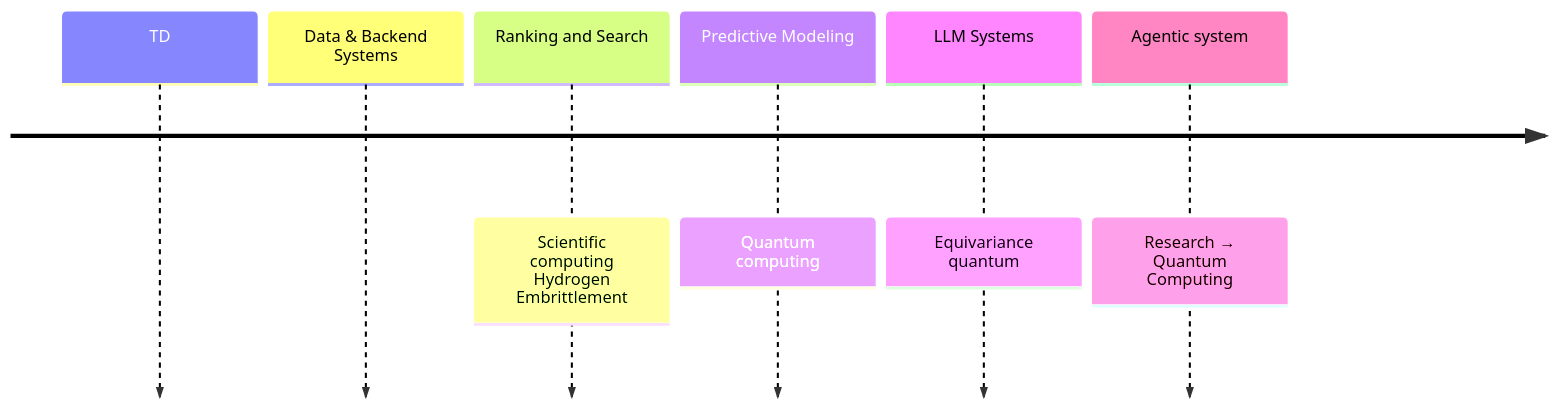
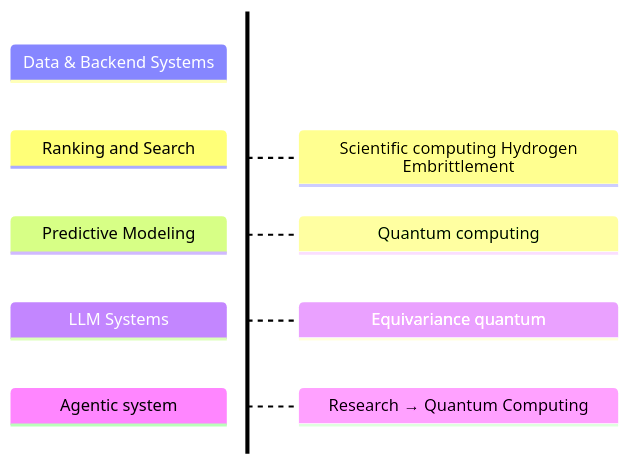
One commit to minhtriet/minhtriet.github.io changed the diagram in _pages/about.md. Above: the diagram before and after it, drawn with Mermaid.

```diff
--- a/_pages/about.md
+++ b/_pages/about.md
@@ -7,9 +7,8 @@
 <pre class="mermaid">
-timeline
-	TD
+timeline TD
     Data & Backend Systems
     Ranking and Search : Scientific computing Hydrogen Embrittlement
     Predictive Modeling : Quantum computing
     LLM Systems : Equivariance quantum
     Agentic system : Research → Quantum Computing
 </pre>
```
